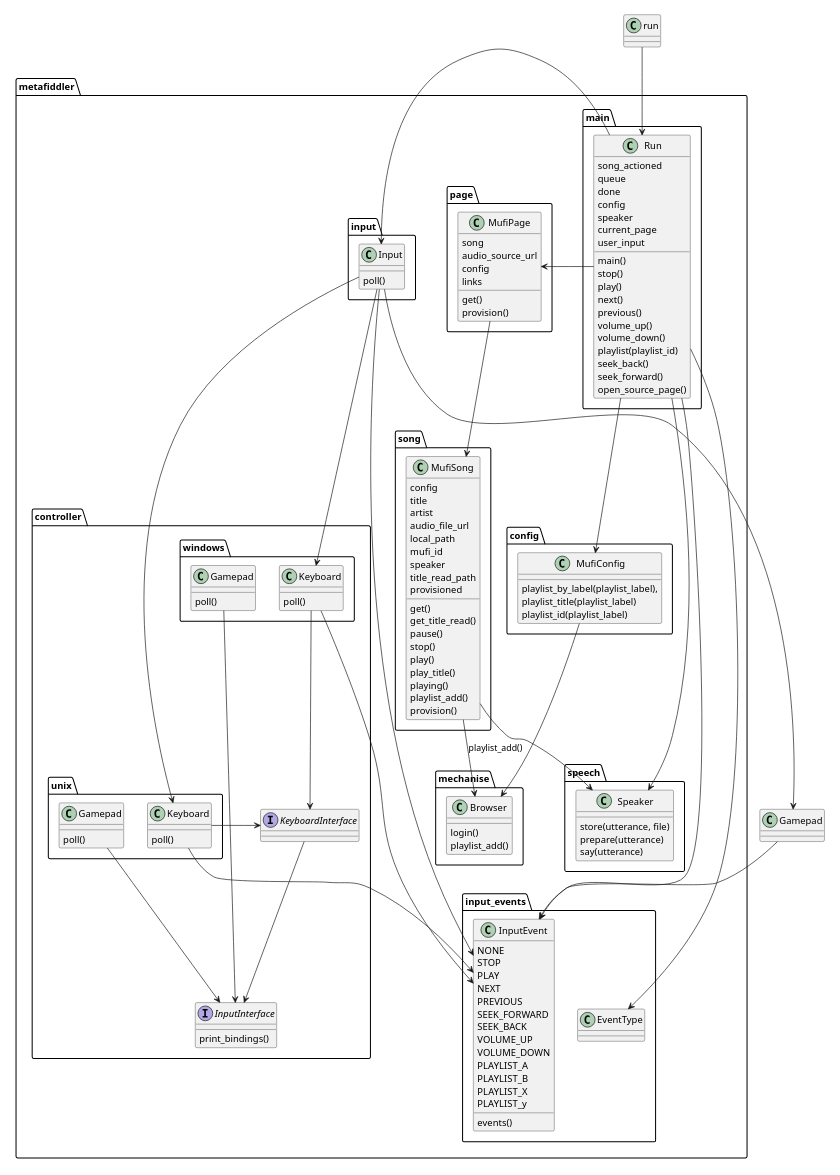
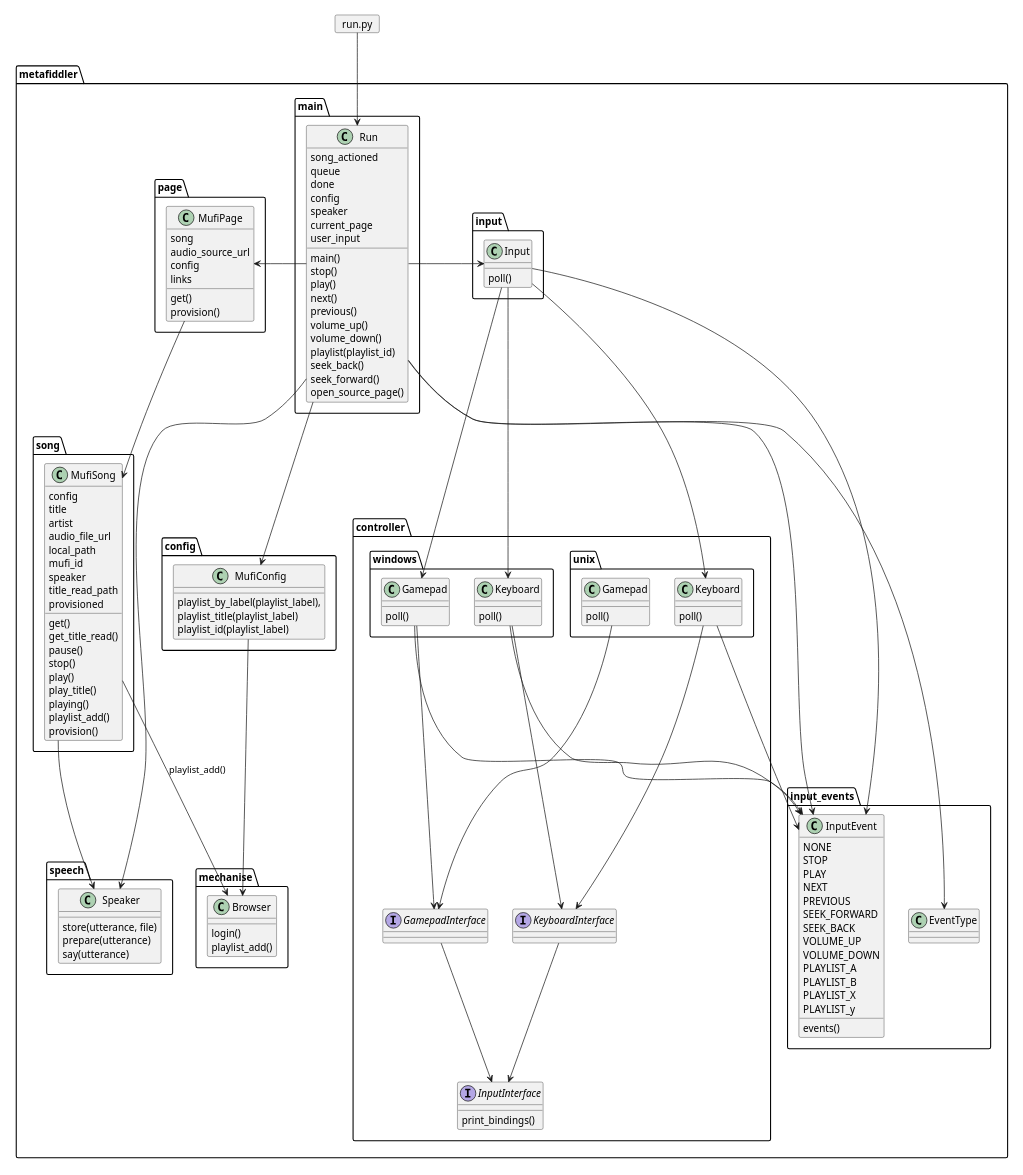
The diagram in docs/object-relation.puml (wmpollock/metafiddler), drawn with PlantUML before and after one commit.

Commit message:
new rounded interface tree checks in Adding the gamepadinterface makes things more aesthetically pleasing if nothing else?

```diff
--- a/docs/object-relation.puml
+++ b/docs/object-relation.puml
@@ -1,169 +1,178 @@
 @startuml
 
 scale 1024 width 
 scale 768 height 
+'  Please, humans ...
+allowmixing
 
 package metafiddler {
 
   package main {
     class Run {
       song_actioned
       queue
       done
       config
       speaker
       current_page
       user_input
       main()
       stop()
       play()
       next()
       previous()
       volume_up()
       volume_down()
       playlist(playlist_id)
       seek_back()
       seek_forward()
       open_source_page()
   } 
 }
 
   
   package config {
     class MufiConfig {
       playlist_by_label(playlist_label),
       playlist_title(playlist_label)
       playlist_id(playlist_label)
     }
   }
   package input {
     Input : poll()  
   }
 
   
 
   package input_events {
     class EventType
     class InputEvent {
       NONE
       STOP
       PLAY
       NEXT
       PREVIOUS
       SEEK_FORWARD  
       SEEK_BACK
       VOLUME_UP
       VOLUME_DOWN
       PLAYLIST_A
       PLAYLIST_B
       PLAYLIST_X
       PLAYLIST_y
       events()
     }
   }
   package mechanise {
     class Browser {
       login()
       playlist_add()
     }
   }
   package page {
     class MufiPage {
         song
         audio_source_url
         config
         links
         get()
         provision()
     }
   }
  package song {
     class MufiSong {
       config
       title
       artist
       audio_file_url
       local_path
       mufi_id
       speaker
       title_read_path
       provisioned
       get()
       get_title_read()
       pause()
       stop()
       play()
       play_title()
       playing()
       playlist_add()
       provision()
     }
     MufiSong --> Browser : playlist_add()
    }
   
   package speech {
     class Speaker {
       store(utterance, file)
       prepare(utterance)
       say(utterance)
     }
   }
 
   package controller {
     interface InputInterface {
       print_bindings()
     }
     interface KeyboardInterface {
       
     }
+    interface GamepadInterface {
+      
+    }
+
     KeyboardInterface --> InputInterface
-    
+    GamepadInterface --> InputInterface
+
     package windows {
       class Keyboard {
         poll()
       }
       
       Keyboard --> KeyboardInterface
       class Gamepad {
         poll()
       }
-      Gamepad --> InputInterface
+      Gamepad --> GamepadInterface
     }   
     package unix {
       class "Keyboard" as kbdunix {
         poll()
       }
       kbdunix -> KeyboardInterface 
-      class Gamepad {
+      class "Gamepad" as gamepadlinux {
         poll()
       }
-      Gamepad --> InputInterface
+      gamepadlinux --> GamepadInterface
+      
       
     }   
 
   }
 }
 
+card "run.py" as run
 run --> Run 
 MufiConfig --> Browser
 
 Run -> MufiPage
 Run --> Speaker
 Run --> InputEvent
 Run --> EventType
 Run -> MufiConfig 
 Run -> Input
 
 Input --> InputEvent
 Input --> Keyboard
 Input --> Gamepad
 Input --> kbdunix
 
 Keyboard-->InputEvent
 Gamepad-->InputEvent
 kbdunix-->InputEvent
 
 MufiPage --> MufiSong
 MufiSong --> Speaker
 
 @enduml
```
